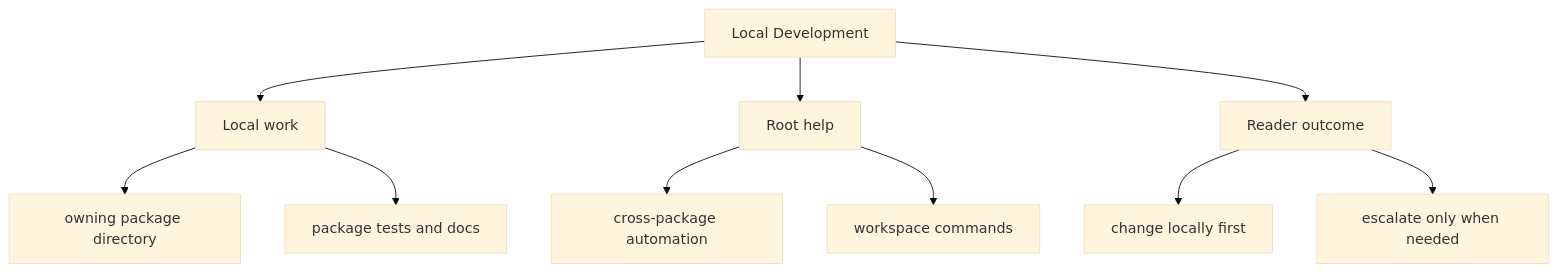
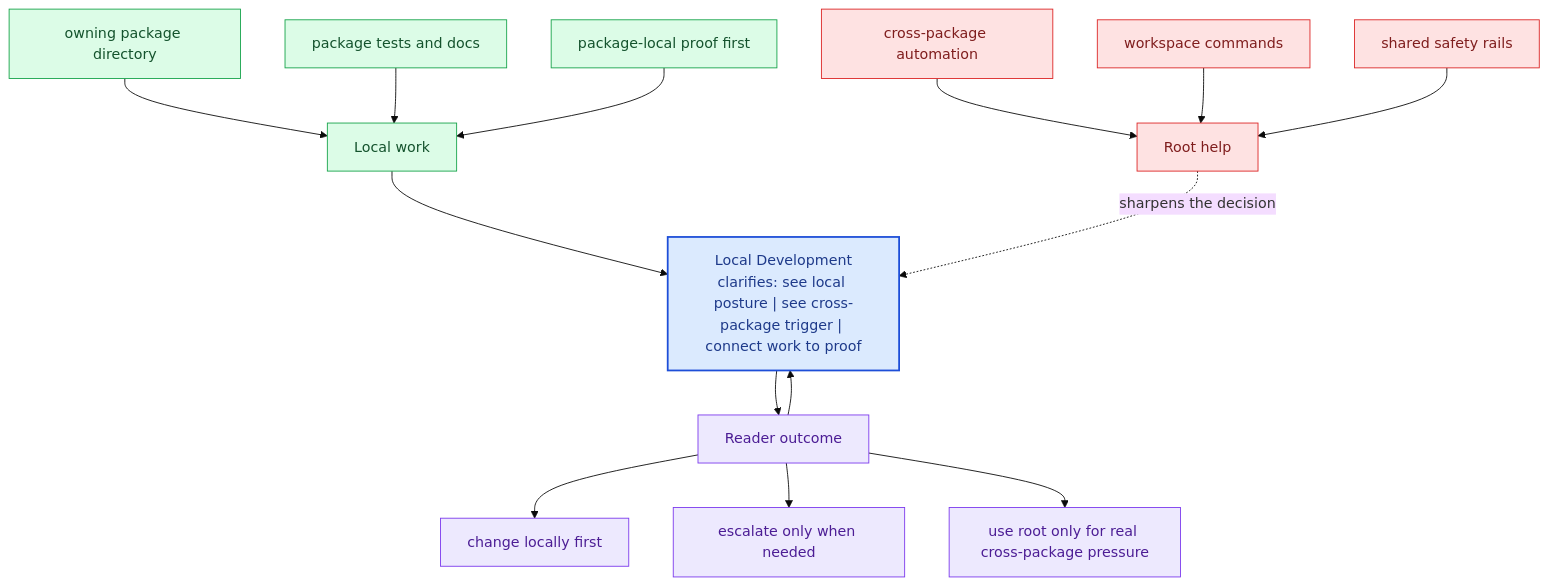
The second of 2 diagrams in docs/bijux-canon/local-development.md (bijux/bijux-canon), drawn with Mermaid (base theme) before and after one commit. The commit also changed other lines of this file and 281 other files, not shown here.

Commit message:
docs(diagrams): deepen handbook mermaid maps across the catalog

````diff
--- a/docs/bijux-canon/local-development.md
+++ b/docs/bijux-canon/local-development.md
@@ -33,22 +66,40 @@
 ```mermaid
-flowchart TD
-    page["Local Development"]
+flowchart TB
+    promise["Local Development<br/>clarifies: see local posture | see cross-package trigger | connect work to proof"]
+    classDef promise fill:#dbeafe,stroke:#1d4ed8,color:#1e3a8a,stroke-width:2px;
+    classDef driver fill:#dcfce7,stroke:#16a34a,color:#14532d;
+    classDef constraint fill:#fee2e2,stroke:#dc2626,color:#7f1d1d;
+    classDef ground fill:#ede9fe,stroke:#7c3aed,color:#4c1d95;
     focus1["Local work"]
-    page --> focus1
+    focus1 --> promise
     focus1_1["owning package directory"]
-    focus1 --> focus1_1
+    focus1_1 --> focus1
     focus1_2["package tests and docs"]
-    focus1 --> focus1_2
+    focus1_2 --> focus1
+    focus1_3["package-local proof first"]
+    focus1_3 --> focus1
+    class focus1 driver;
+    class focus1_1,focus1_2,focus1_3 driver;
     focus2["Root help"]
-    page --> focus2
+    focus2 -.sharpens the decision.-> promise
     focus2_1["cross-package automation"]
-    focus2 --> focus2_1
+    focus2_1 --> focus2
     focus2_2["workspace commands"]
-    focus2 --> focus2_2
+    focus2_2 --> focus2
+    focus2_3["shared safety rails"]
+    focus2_3 --> focus2
+    class focus2 constraint;
+    class focus2_1,focus2_2,focus2_3 constraint;
     focus3["Reader outcome"]
-    page --> focus3
+    focus3 --> promise
+    promise --> focus3
     focus3_1["change locally first"]
     focus3 --> focus3_1
     focus3_2["escalate only when needed"]
     focus3 --> focus3_2
+    focus3_3["use root only for real cross-package pressure"]
+    focus3 --> focus3_3
+    class focus3 ground;
+    class focus3_1,focus3_2,focus3_3 ground;
+    class promise promise;
 ```
````
